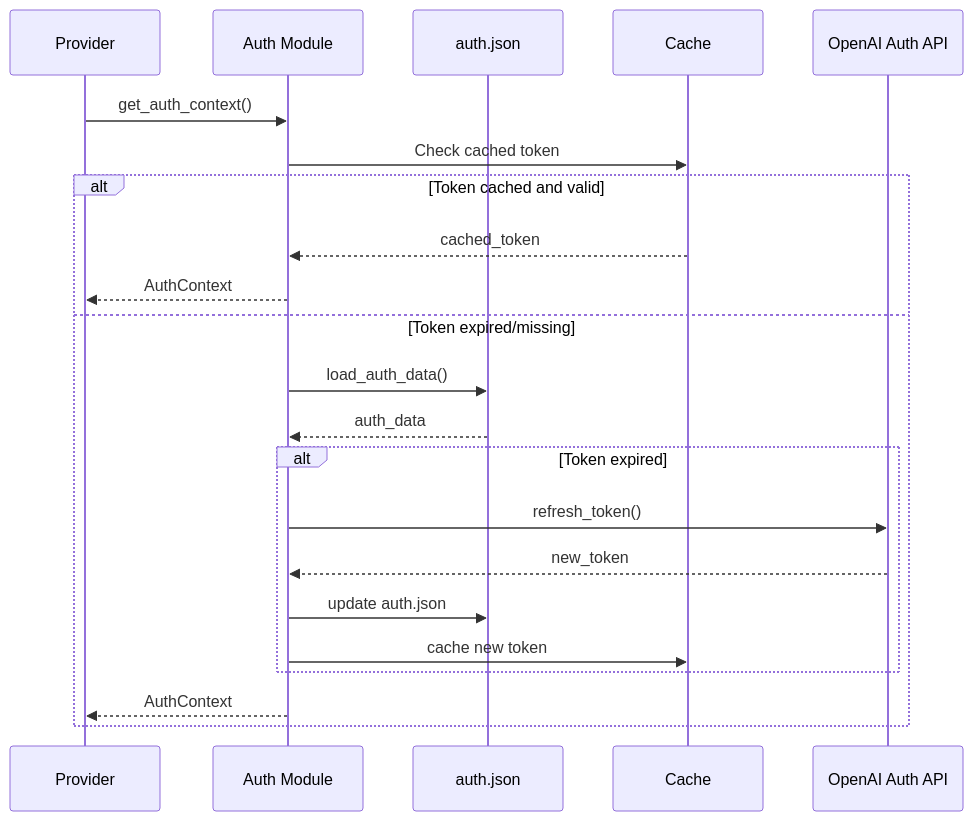
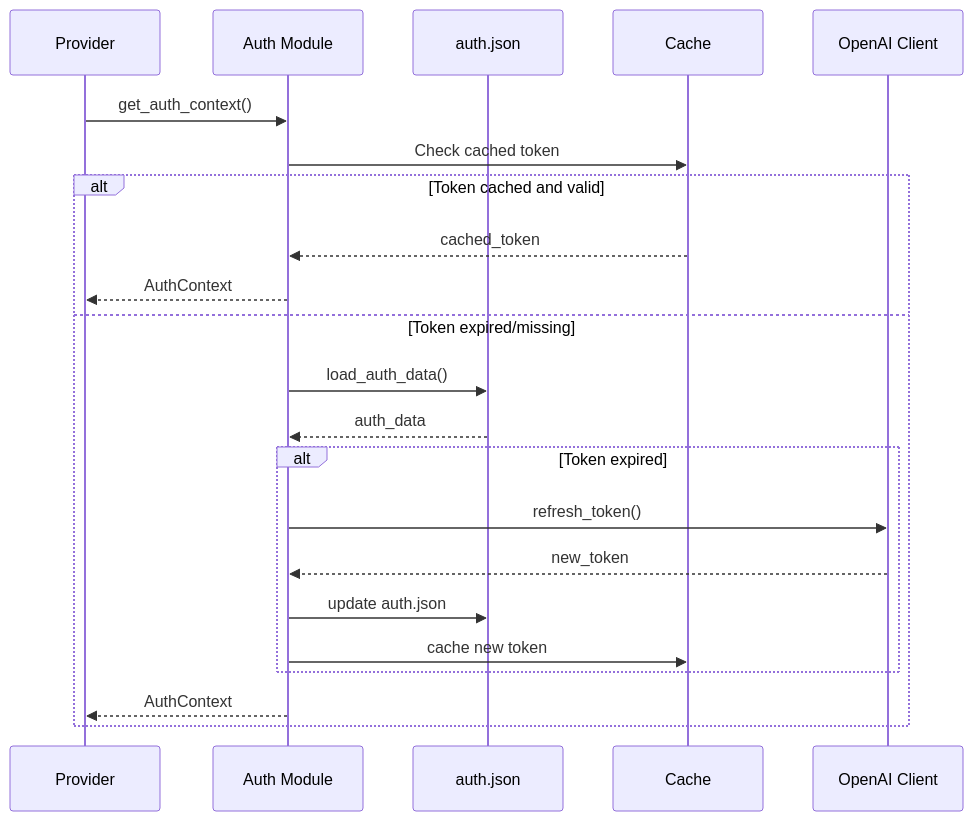
Diagram 11 of 18 in docs/codex-api-integration.md (jslorrma/litellm-codex-oauth-provider), drawn with Mermaid before and after one commit. The commit also changed other lines of this file and 3 other files, not shown here.

First line of the commit message:
docs: update documentation for OpenAI client architecture

````diff
--- a/docs/codex-api-integration.md
+++ b/docs/codex-api-integration.md
@@ -266,25 +355,25 @@
 ```mermaid
 sequenceDiagram
     participant P as Provider
     participant A as Auth Module
     participant F as auth.json
     participant C as Cache
-    participant O as OpenAI Auth API
+    participant O as OpenAI Client
 
     P->>A: get_auth_context()
     A->>C: Check cached token
     alt Token cached and valid
         C-->>A: cached_token
         A-->>P: AuthContext
     else Token expired/missing
         A->>F: load_auth_data()
         F-->>A: auth_data
         alt Token expired
             A->>O: refresh_token()
             O-->>A: new_token
             A->>F: update auth.json
             A->>C: cache new token
         end
         A-->>P: AuthContext
     end
 ```
````
